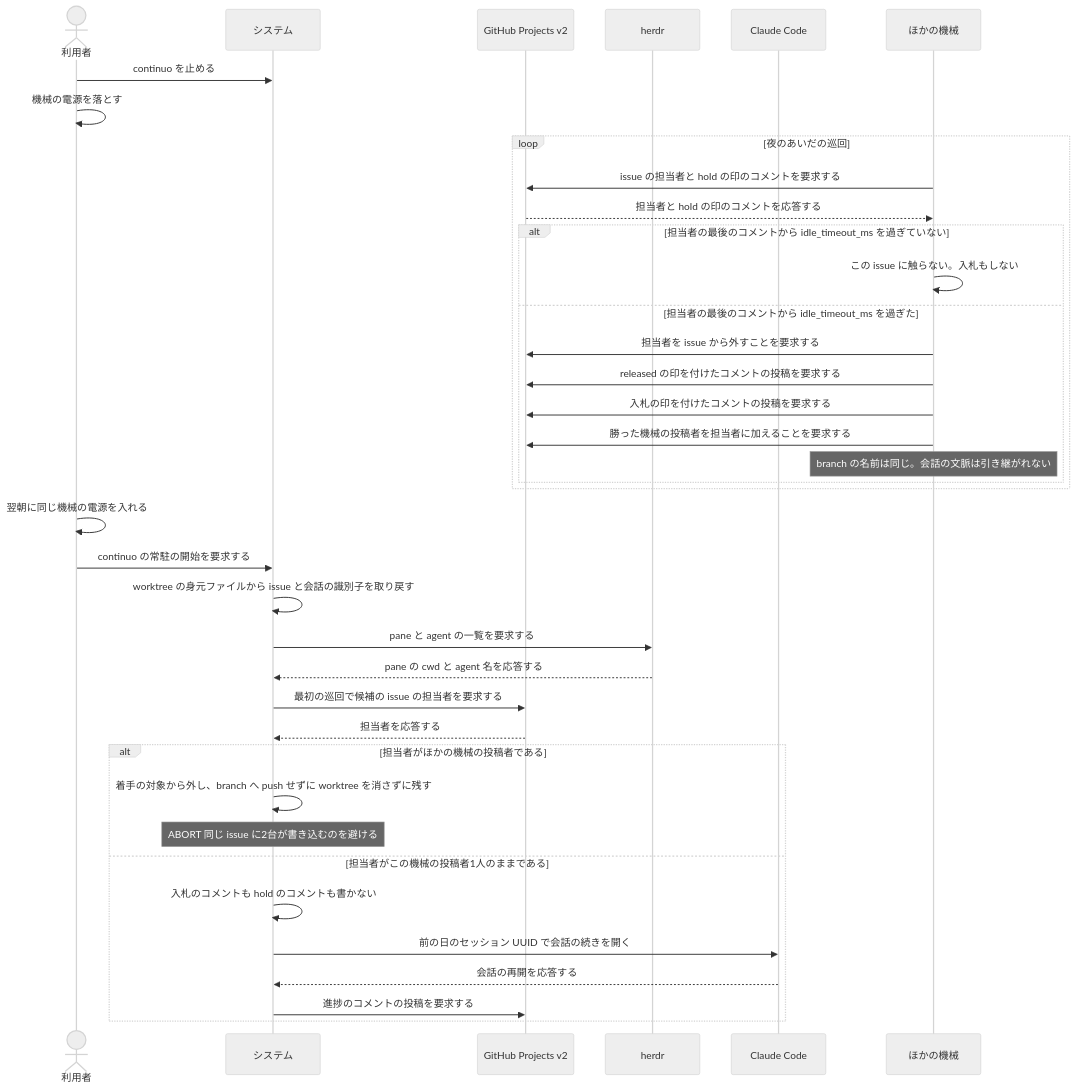
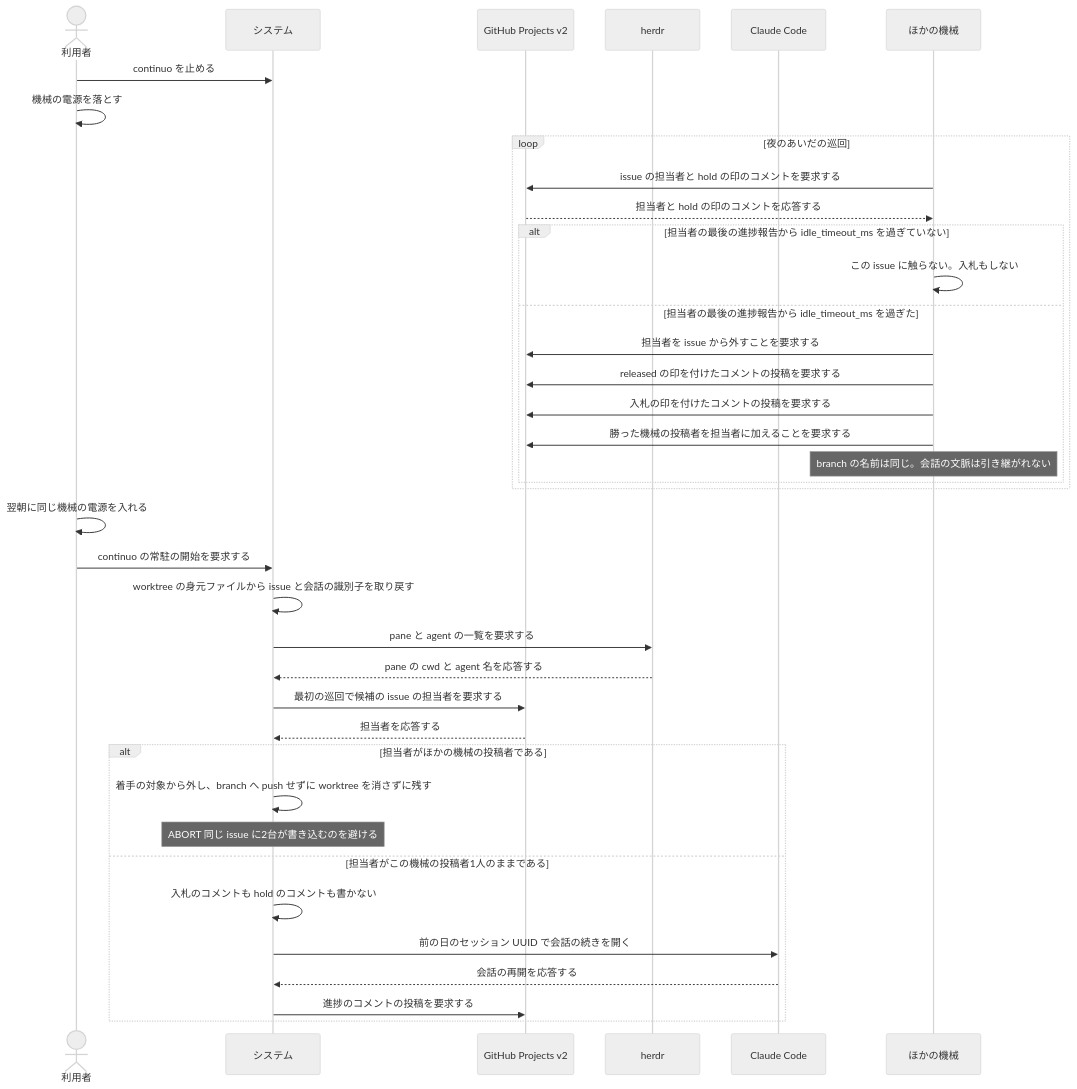
Before and after one commit to maimuzo/continuo: the second of 2 diagrams in docs/spec/usecases/scenario/夜に機械を落として翌朝に担当を続ける.rucm.md, drawn with Mermaid (neutral theme). The commit also changed other lines of this file and 20 other files, not shown here.

````diff
--- a/docs/spec/usecases/scenario/夜に機械を落として翌朝に担当を続ける.rucm.md
+++ b/docs/spec/usecases/scenario/夜に機械を落として翌朝に担当を続ける.rucm.md
@@ -148,41 +148,41 @@
 ```mermaid
 sequenceDiagram
     actor U as 利用者
     participant S as システム
     participant GH as GitHub Projects v2
     participant H as herdr
     participant CC as Claude Code
     participant M as ほかの機械
 
     U->>S: continuo を止める
     U->>U: 機械の電源を落とす
     loop 夜のあいだの巡回
         M->>GH: issue の担当者と hold の印のコメントを要求する
         GH-->>M: 担当者と hold の印のコメントを応答する
-        alt 担当者の最後のコメントから idle_timeout_ms を過ぎていない
+        alt 担当者の最後の進捗報告から idle_timeout_ms を過ぎていない
             M->>M: この issue に触らない。入札もしない
-        else 担当者の最後のコメントから idle_timeout_ms を過ぎた
+        else 担当者の最後の進捗報告から idle_timeout_ms を過ぎた
             M->>GH: 担当者を issue から外すことを要求する
             M->>GH: released の印を付けたコメントの投稿を要求する
             M->>GH: 入札の印を付けたコメントの投稿を要求する
             M->>GH: 勝った機械の投稿者を担当者に加えることを要求する
             Note over M: branch の名前は同じ。会話の文脈は引き継がれない
         end
     end
     U->>U: 翌朝に同じ機械の電源を入れる
     U->>S: continuo の常駐の開始を要求する
     S->>S: worktree の身元ファイルから issue と会話の識別子を取り戻す
     S->>H: pane と agent の一覧を要求する
     H-->>S: pane の cwd と agent 名を応答する
     S->>GH: 最初の巡回で候補の issue の担当者を要求する
     GH-->>S: 担当者を応答する
     alt 担当者がほかの機械の投稿者である
         S->>S: 着手の対象から外し、branch へ push せずに worktree を消さずに残す
         Note over S: ABORT 同じ issue に2台が書き込むのを避ける
     else 担当者がこの機械の投稿者1人のままである
         S->>S: 入札のコメントも hold のコメントも書かない
         S->>CC: 前の日のセッション UUID で会話の続きを開く
         CC-->>S: 会話の再開を応答する
         S->>GH: 進捗のコメントの投稿を要求する
     end
 ```
````
